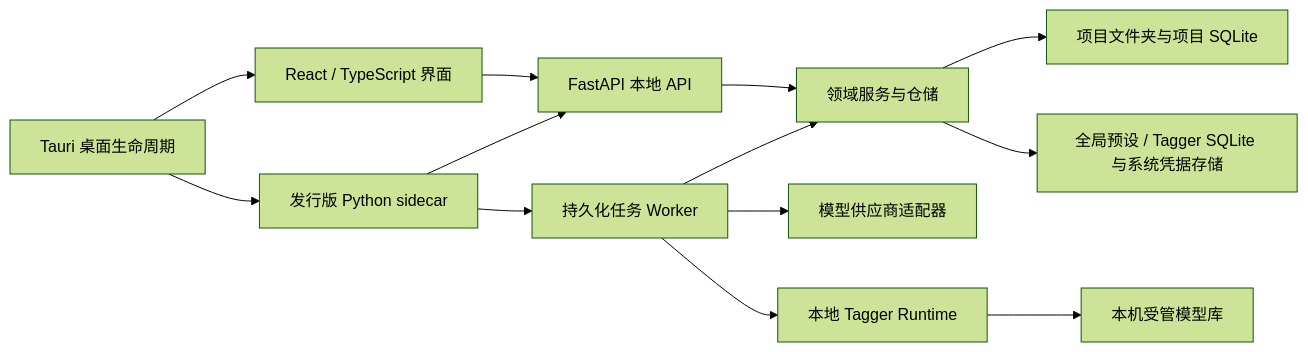
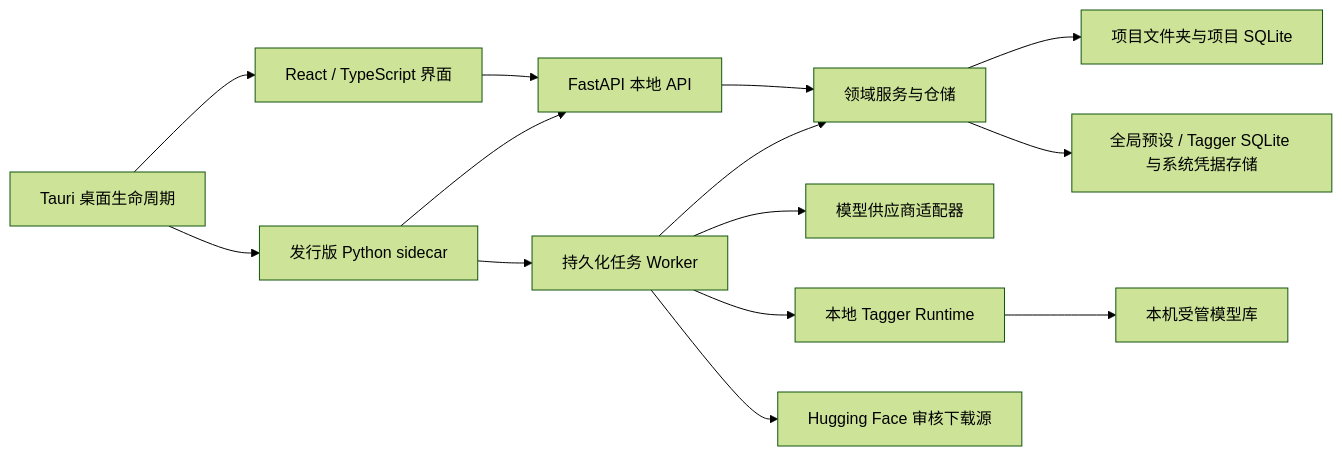
The diagram in docs/architecture.md (Xuness/dataset-annotation-studio), drawn with Mermaid (forest theme) before and after one commit. The commit also changed other lines of this file and 43 other files, not shown here.

Commit message:
feat: add audited Hugging Face tagger downloads

````diff
--- a/docs/architecture.md
+++ b/docs/architecture.md
@@ -14,15 +14,16 @@
 ```mermaid
 flowchart LR
     UI["React / TypeScript 界面"] --> API["FastAPI 本地 API"]
     API --> Core["领域服务与仓储"]
     Worker["持久化任务 Worker"] --> Core
     Worker --> Provider["模型供应商适配器"]
     Worker --> Tagger["本地 Tagger Runtime"]
+    Worker --> HuggingFace["Hugging Face 审核下载源"]
     Core --> Project["项目文件夹与项目 SQLite"]
     Core --> Global["全局预设 / Tagger SQLite 与系统凭据存储"]
     Tagger --> ModelLibrary["本机受管模型库"]
     Tauri["Tauri 桌面生命周期"] --> UI
     Tauri --> Sidecar["发行版 Python sidecar"]
     Sidecar --> API
     Sidecar --> Worker
 ```
````
